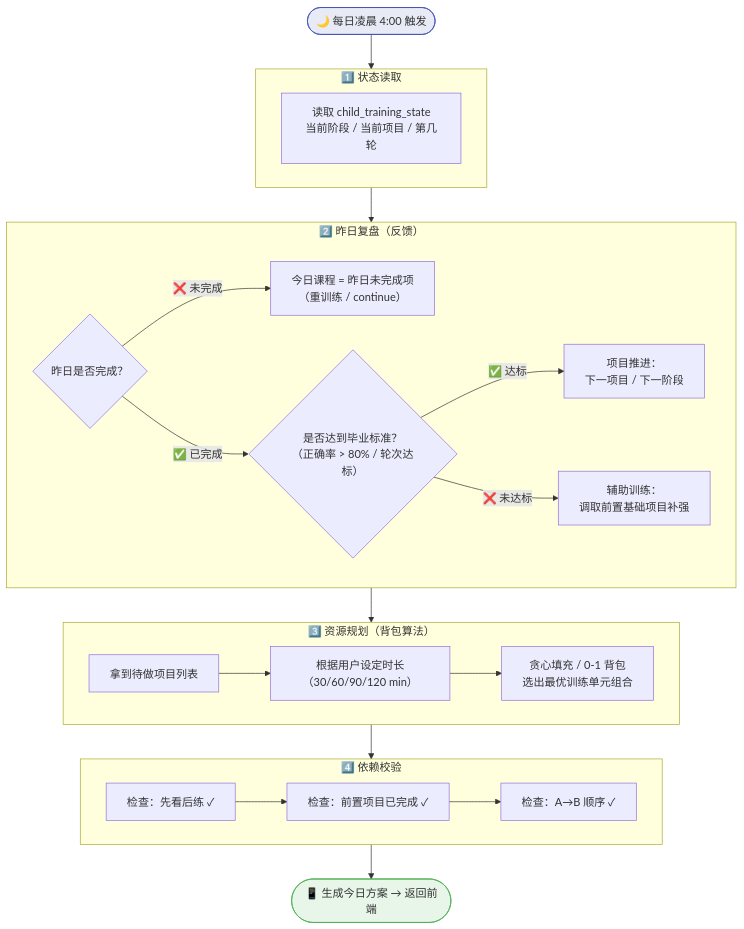
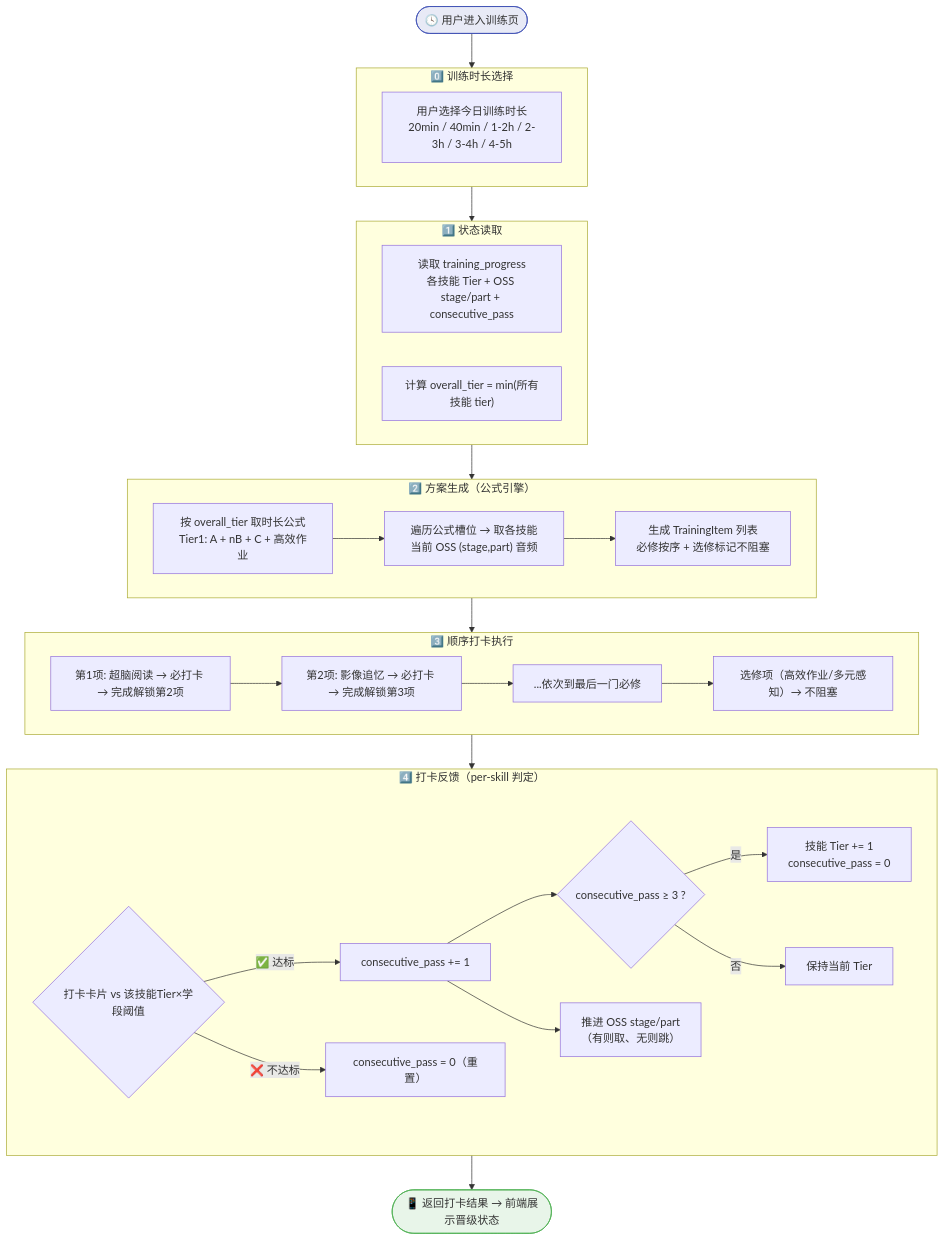
Before and after one commit to quppwork/Jnao_tianfu_daka: the second of 8 diagrams in docs/体系架构设计.md, drawn with Mermaid. The commit also changed other lines of this file and 81 other files, not shown here.

````diff
--- a/docs/体系架构设计.md
+++ b/docs/体系架构设计.md
@@ -37,39 +49,49 @@
 ```mermaid
 flowchart TD
-    START(["🌙 每日凌晨 4:00 触发"]) --> S1
+    START(["🕓 用户进入训练页"]) --> S0
+
+    subgraph S0["0️⃣ 训练时长选择"]
+        DUR["用户选择今日训练时长<br/>20min / 40min / 1-2h / 2-3h / 3-4h / 4-5h"]
+    end
+
+    S0 --> S1
 
     subgraph S1["1️⃣ 状态读取"]
-        A["读取 child_training_state<br/>当前阶段 / 当前项目 / 第几轮"]
+        A["读取 training_progress<br/>各技能 Tier + OSS stage/part + consecutive_pass"]
+        A2["计算 overall_tier = min(所有技能 tier)"]
     end
 
     S1 --> S2
 
-    subgraph S2["2️⃣ 昨日复盘（反馈）"]
-        B{"昨日是否完成？"}
-        B -->|"❌ 未完成"| C["今日课程 = 昨日未完成项<br/>（重训练 / continue）"]
-        B -->|"✅ 已完成"| D{"是否达到毕业标准？<br/>（正确率 > 80% / 轮次达标）"}
-        D -->|"✅ 达标"| E["项目推进：<br/>下一项目 / 下一阶段"]
-        D -->|"❌ 未达标"| F["辅助训练：<br/>调取前置基础项目补强"]
+    subgraph S2["2️⃣ 方案生成（公式引擎）"]
+        F["按 overall_tier 取时长公式<br/>Tier1: A + nB + C + 高效作业"]
+        F --> G["遍历公式槽位 → 取各技能当前 OSS (stage,part) 音频"]
+        G --> H["生成 TrainingItem 列表<br/>必修按序 + 选修标记不阻塞"]
     end
 
     S2 --> S3
 
-    subgraph S3["3️⃣ 资源规划（背包算法）"]
-        G["拿到待做项目列表"]
-        G --> H["根据用户设定时长（30/60/90/120 min）"]
-        H --> I["贪心填充 / 0-1 背包<br/>选出最优训练单元组合"]
+    subgraph S3["3️⃣ 顺序打卡执行"]
+        I["第1项: 超脑阅读 → 必打卡 → 完成解锁第2项"]
+        I --> J["第2项: 影像追忆 → 必打卡 → 完成解锁第3项"]
+        J --> K["...依次到最后一门必修"]
+        K --> L["选修项（高效作业/多元感知）→ 不阻塞"]
     end
 
     S3 --> S4
 
-    subgraph S4["4️⃣ 依赖校验"]
-        J["检查：先看后练 ✓"]
-        J --> K["检查：前置项目已完成 ✓"]
-        K --> L["检查：A→B 顺序 ✓"]
+    subgraph S4["4️⃣ 打卡反馈（per-skill 判定）"]
+        M{"打卡卡片 vs 该技能Tier×学段阈值"}
+        M -->|"✅ 达标"| N["consecutive_pass += 1"]
+        M -->|"❌ 不达标"| O["consecutive_pass = 0（重置）"]
+        N --> P{"consecutive_pass ≥ 3 ?"}
+        P -->|"是"| Q["技能 Tier += 1<br/>consecutive_pass = 0"]
+        P -->|"否"| R["保持当前 Tier"]
+        N --> S["推进 OSS stage/part<br/>（有则取、无则跳）"]
     end
 
-    S4 --> END(["📱 生成今日方案 → 返回前端"])
+    S4 --> END(["📱 返回打卡结果 → 前端展示晋级状态"])
 
     style START fill:#e8eaf6,stroke:#3f51b5
     style END fill:#e8f5e9,stroke:#4caf50
 ```
````
